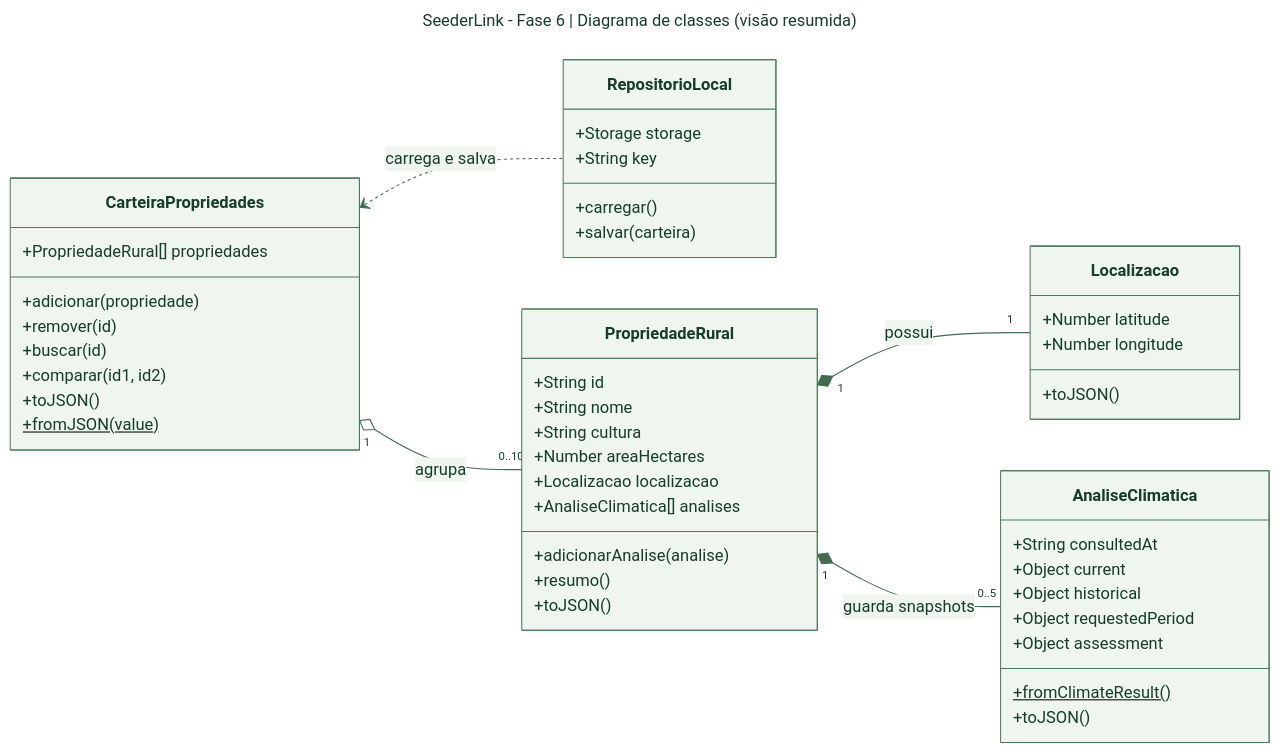
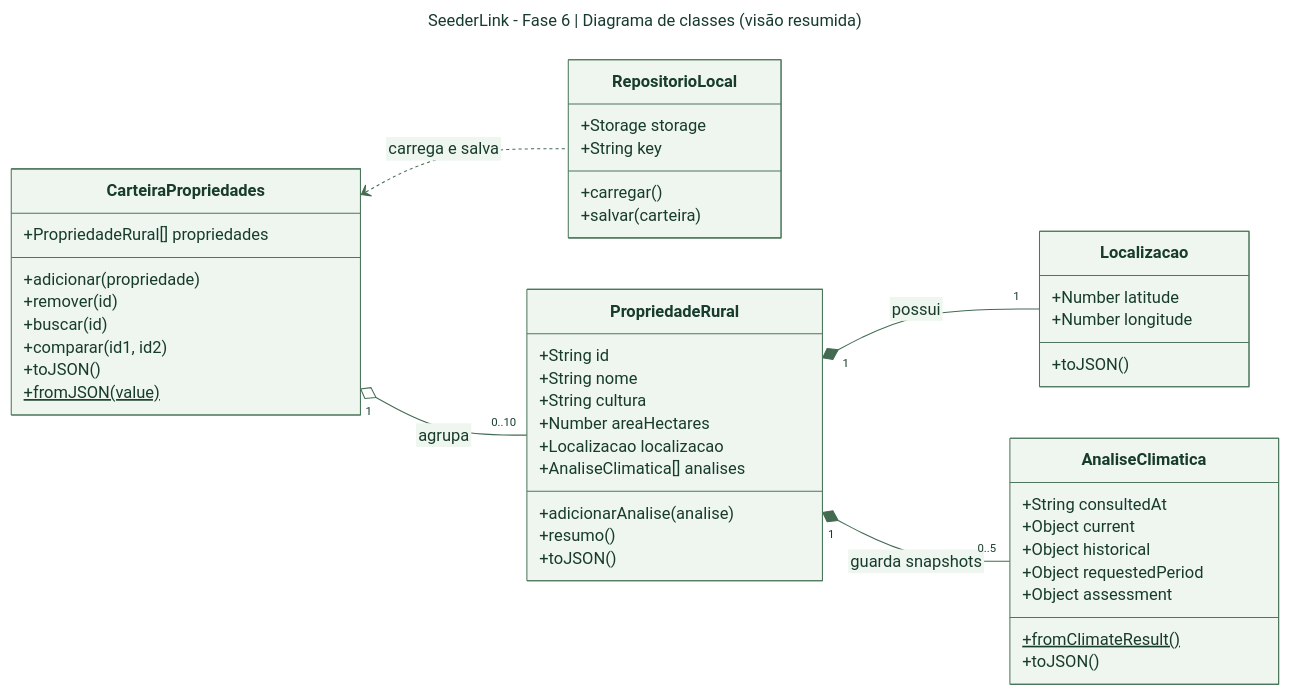
Before and after one commit to dansfisica85/site_seederlink-wolvestech: the diagram in docs/DIAGRAMA_CLASSES.mmd, drawn with Mermaid. The commit also changed 2 other files, not shown here.

Commit message:
docs: corrige legibilidade das cardinalidades UML

```diff
--- a/docs/DIAGRAMA_CLASSES.mmd
+++ b/docs/DIAGRAMA_CLASSES.mmd
@@ -1,61 +1,62 @@
 ---
 title: SeederLink - Fase 6 | Diagrama de classes (visão resumida)
 config:
   theme: base
+  htmlLabels: false
   themeVariables:
     primaryColor: '#eef6ef'
     primaryTextColor: '#173b2c'
     primaryBorderColor: '#4c775b'
     lineColor: '#426b51'
     fontFamily: Arial
     fontSize: 16px
 ---
 classDiagram
   %% Visão conceitual: atributos principais; assinaturas e tipos de retorno resumidos.
   %% fromClimateResult recebe result e consultedAt. buscar e resumo podem retornar null.
   %% O fonte completo está em src/domain/portfolio.js.
   direction LR
   class RepositorioLocal {
     +Storage storage
     +String key
     +carregar()
     +salvar(carteira)
   }
   class CarteiraPropriedades {
     +PropriedadeRural[] propriedades
     +adicionar(propriedade)
     +remover(id)
     +buscar(id)
     +comparar(id1, id2)
     +toJSON()
     +fromJSON(value)$
   }
   class PropriedadeRural {
     +String id
     +String nome
     +String cultura
     +Number areaHectares
     +Localizacao localizacao
     +AnaliseClimatica[] analises
     +adicionarAnalise(analise)
     +resumo()
     +toJSON()
   }
   class Localizacao {
     +Number latitude
     +Number longitude
     +toJSON()
   }
   class AnaliseClimatica {
     +String consultedAt
     +Object current
     +Object historical
     +Object requestedPeriod
     +Object assessment
     +fromClimateResult()$
     +toJSON()
   }
   CarteiraPropriedades <.. RepositorioLocal : carrega e salva
   CarteiraPropriedades "1" o-- "0..10" PropriedadeRural : agrupa
   PropriedadeRural "1" *-- "1" Localizacao : possui
   PropriedadeRural "1" *-- "0..5" AnaliseClimatica : guarda snapshots
```
